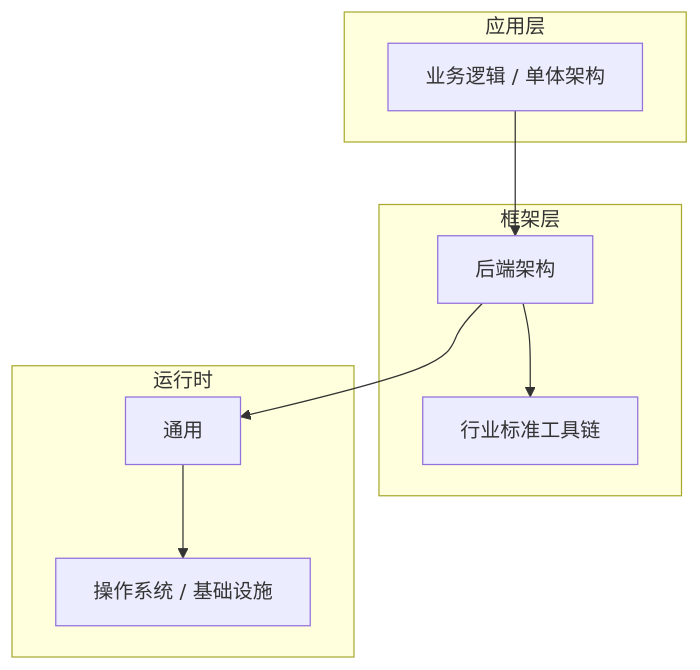
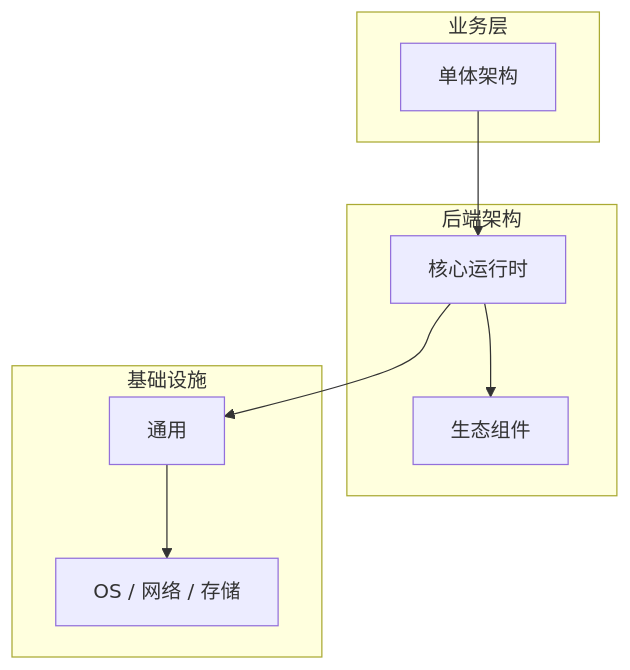
The diagram in articles/后端架构/chapters/009-单体架构核心概念与原理.md (yanggan2015/knowledge-json-v2), drawn with Mermaid before and after one commit. The commit also changed other lines of this file and 10127 other files, not shown here.

````diff
--- a/articles/后端架构/chapters/009-单体架构核心概念与原理.md
+++ b/articles/后端架构/chapters/009-单体架构核心概念与原理.md
@@ -45,18 +34,18 @@
 ```mermaid
 graph TB
-    subgraph 应用层
-        A[业务逻辑 / 单体架构]
+    subgraph 业务层
+        A[单体架构]
     end
-    subgraph 框架层
-        B[后端架构]
-        C[行业标准工具链]
+    subgraph 后端架构
+        B[核心运行时]
+        C[生态组件]
     end
-    subgraph 运行时
+    subgraph 基础设施
         D[通用]
-        E[操作系统 / 基础设施]
+        E[OS / 网络 / 存储]
     end
     A --> B
     B --> C
     B --> D
     D --> E
 ```
````
